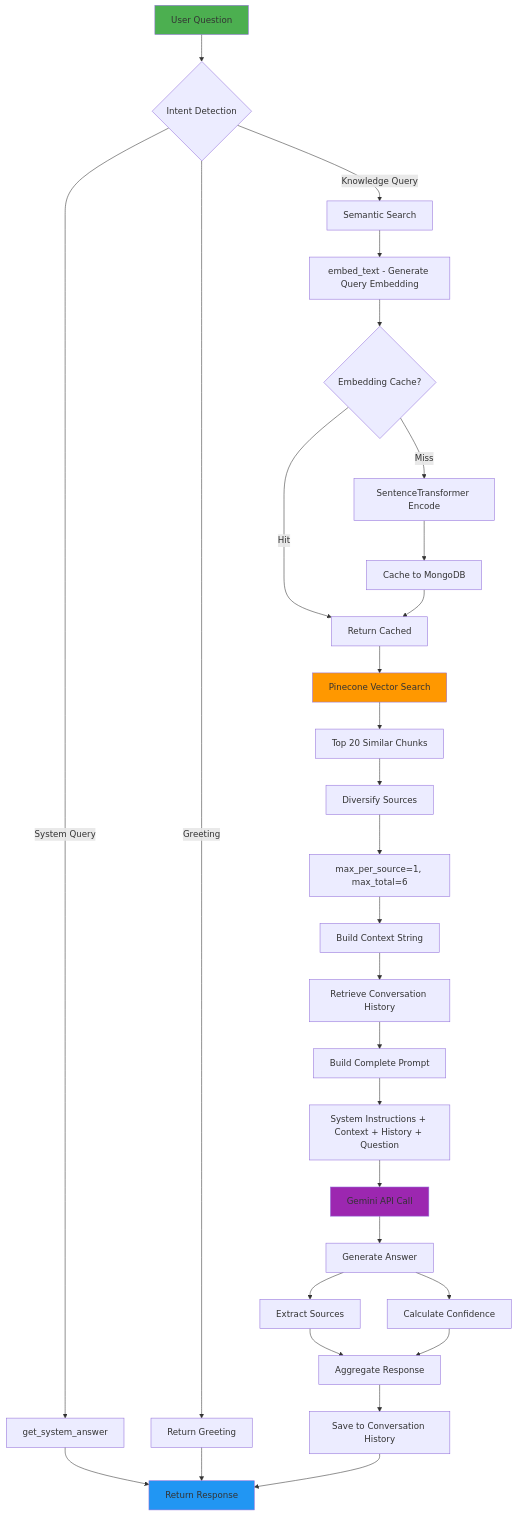
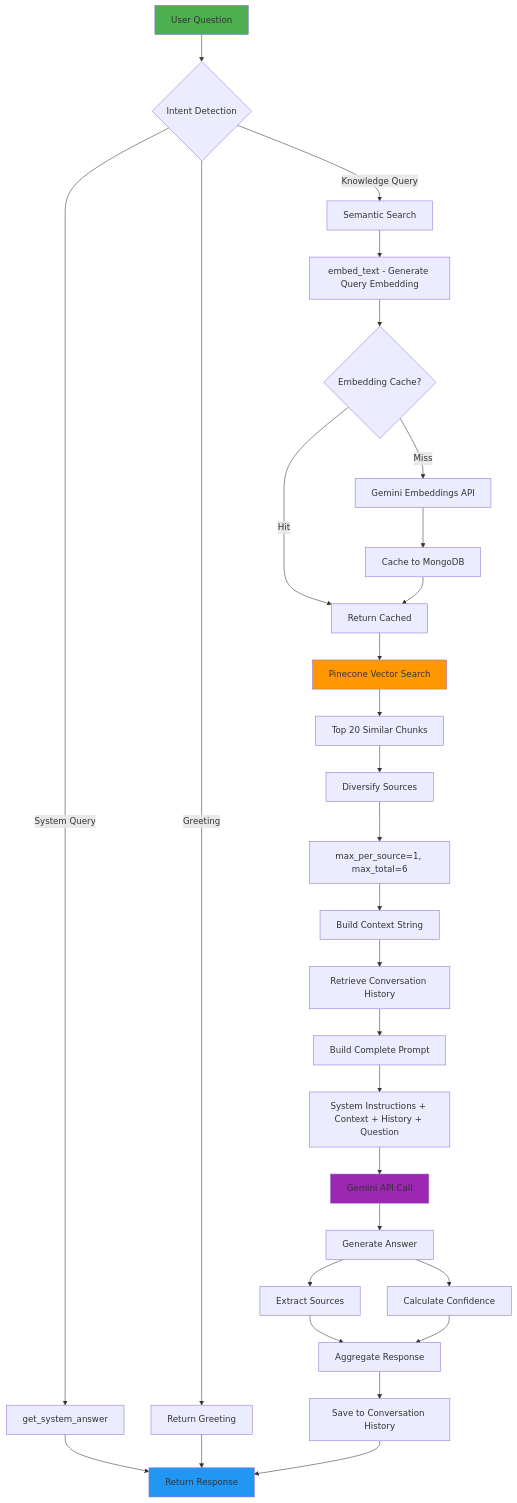
The fourth of 18 diagrams in project_workflow.md (ShantanuV2709/CORPWISE), drawn with Mermaid before and after one commit. The commit also changed other lines of this file and 64 other files, not shown here.

````diff
--- a/project_workflow.md
+++ b/project_workflow.md
@@ -233,48 +234,48 @@
 ```mermaid
 graph TD
     A[User Question] --> B{Intent Detection}
     
     B -->|System Query| C[get_system_answer]
     B -->|Greeting| D[Return Greeting]
     B -->|Knowledge Query| E[Semantic Search]
     
     C --> Z[Return Response]
     D --> Z
     
     E --> F[embed_text - Generate Query Embedding]
     F --> G{Embedding Cache?}
     
     G -->|Hit| H[Return Cached]
-    G -->|Miss| I[SentenceTransformer Encode]
+    G -->|Miss| I[Gemini Embeddings API]
     I --> J[Cache to MongoDB]
     J --> H
     
     H --> K[Pinecone Vector Search]
     K --> L[Top 20 Similar Chunks]
     
     L --> M[Diversify Sources]
     M --> N[max_per_source=1, max_total=6]
     
     N --> O[Build Context String]
     O --> P[Retrieve Conversation History]
     
     P --> Q[Build Complete Prompt]
     Q --> R[System Instructions + Context + History + Question]
     
     R --> S[Gemini API Call]
     S --> T[Generate Answer]
     
     T --> U[Extract Sources]
     T --> V[Calculate Confidence]
     
     U --> W[Aggregate Response]
     V --> W
     
     W --> X[Save to Conversation History]
     X --> Z
     
     style A fill:#4CAF50
     style Z fill:#2196F3
     style K fill:#FF9800
     style S fill:#9C27B0
 ```
````
